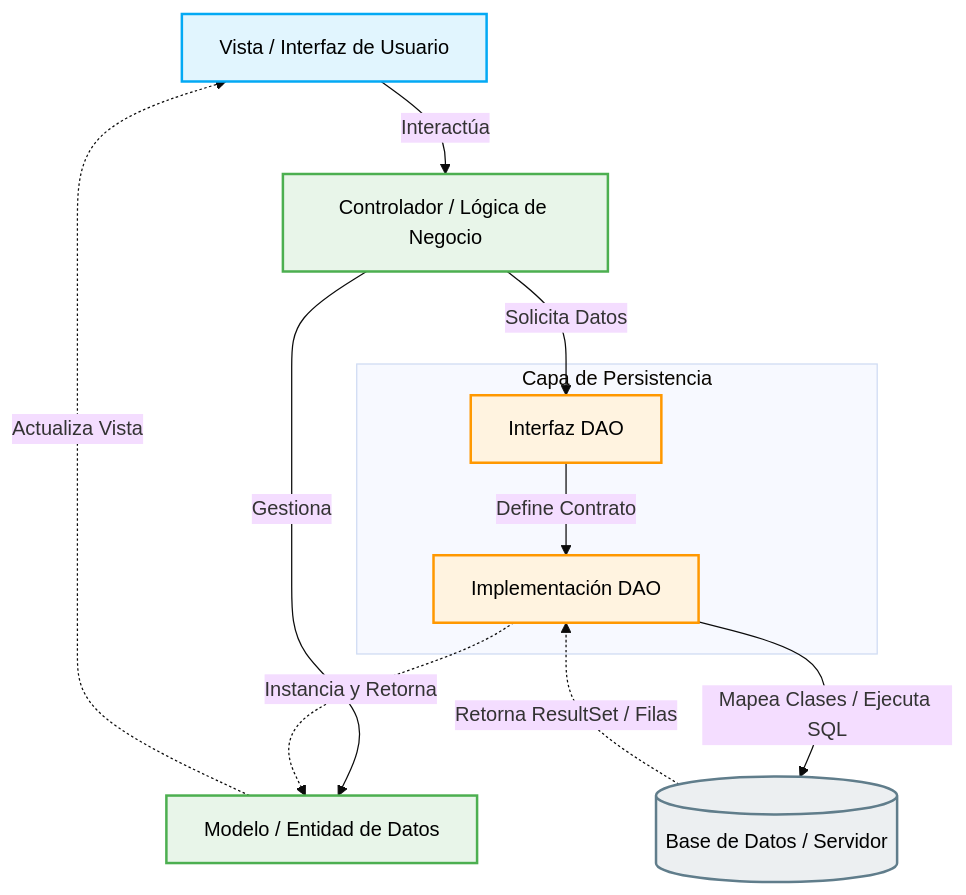
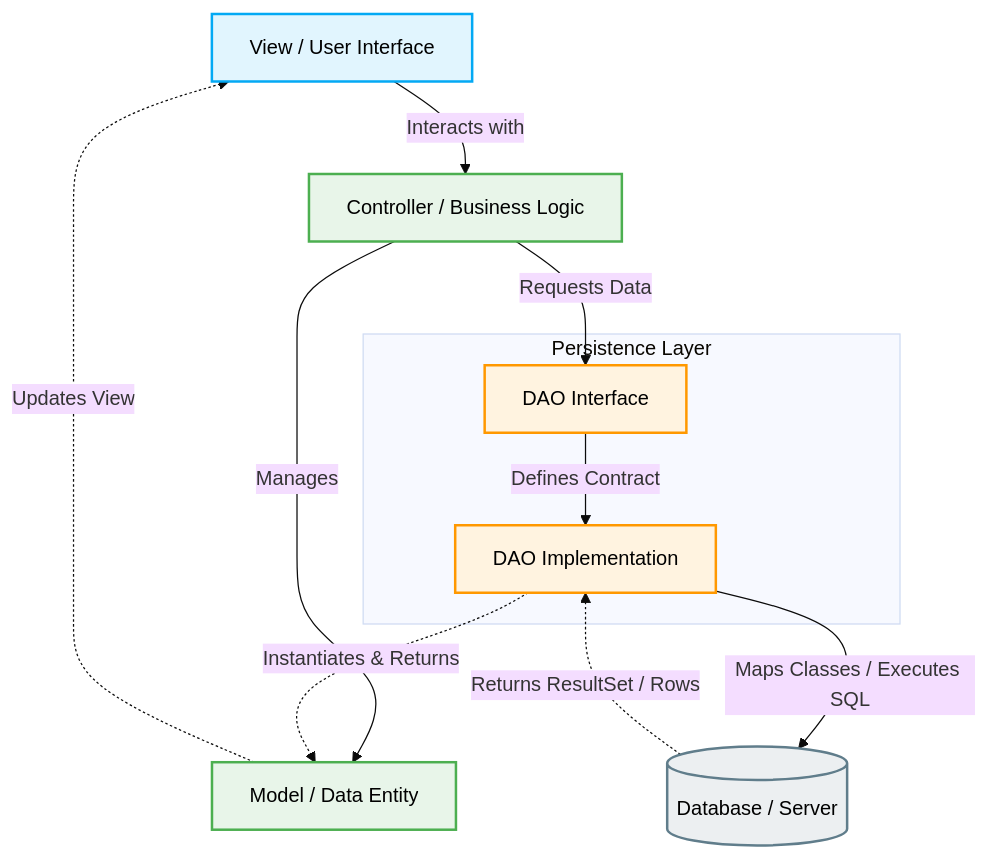
One commit to sebas2287ti/Neon-F1-Manager changed the diagram in README.md. Above: the diagram before and after it, drawn with Mermaid (base theme). The commit also changed other lines of this file, not shown here.

Commit message:
Final Readmi

````diff
--- a/README.md
+++ b/README.md
@@ -96,31 +100,31 @@
 ```mermaid
 graph TD
-    %% Definición de Estilos
+    %% Style Definitions
     classDef ui fill:#e1f5fe,stroke:#03a9f4,stroke-width:2px,color:#000;
     classDef logic fill:#e8f5e9,stroke:#4caf50,stroke-width:2px,color:#000;
     classDef dao fill:#fff3e0,stroke:#ff9800,stroke-width:2px,color:#000;
     classDef db fill:#eceff1,stroke:#607d8b,stroke-width:2px,color:#000;
 
-    %% Componentes
-    UI[Vista / Interfaz de Usuario]:::ui
-    Controller[Controlador / Lógica de Negocio]:::logic
-    Model[Modelo / Entidad de Datos]:::logic
+    %% Components
+    UI[View / User Interface]:::ui
+    Controller[Controller / Business Logic]:::logic
+    Model[Model / Data Entity]:::logic
     
-    subgraph Capa de Persistencia
-        Interface[Interfaz DAO]:::dao
-        Impl[Implementación DAO]:::dao
+    subgraph Persistence Layer
+        Interface[DAO Interface]:::dao
+        Impl[DAO Implementation]:::dao
     end
     
-    DB[(Base de Datos / Servidor)]:::db
+    DB[(Database / Server)]:::db
 
-    %% Relaciones y Flujo
-    UI -->|Interactúa| Controller
-    Controller -->|Gestiona| Model
-    Controller -->|Solicita Datos| Interface
-    Interface -->|Define Contrato| Impl
-    Impl -->|Mapea Clases / Ejecuta SQL| DB
-    DB -.->|Retorna ResultSet / Filas| Impl
-    Impl -.->|Instancia y Retorna| Model
-    Model -.->|Actualiza Vista| UI
+    %% Relationships and Flow
+    UI -->|Interacts with| Controller
+    Controller -->|Manages| Model
+    Controller -->|Requests Data| Interface
+    Interface -->|Defines Contract| Impl
+    Impl -->|Maps Classes / Executes SQL| DB
+    DB -.->|Returns ResultSet / Rows| Impl
+    Impl -.->|Instantiates & Returns| Model
+    Model -.->|Updates View| UI
 
 ```
````
